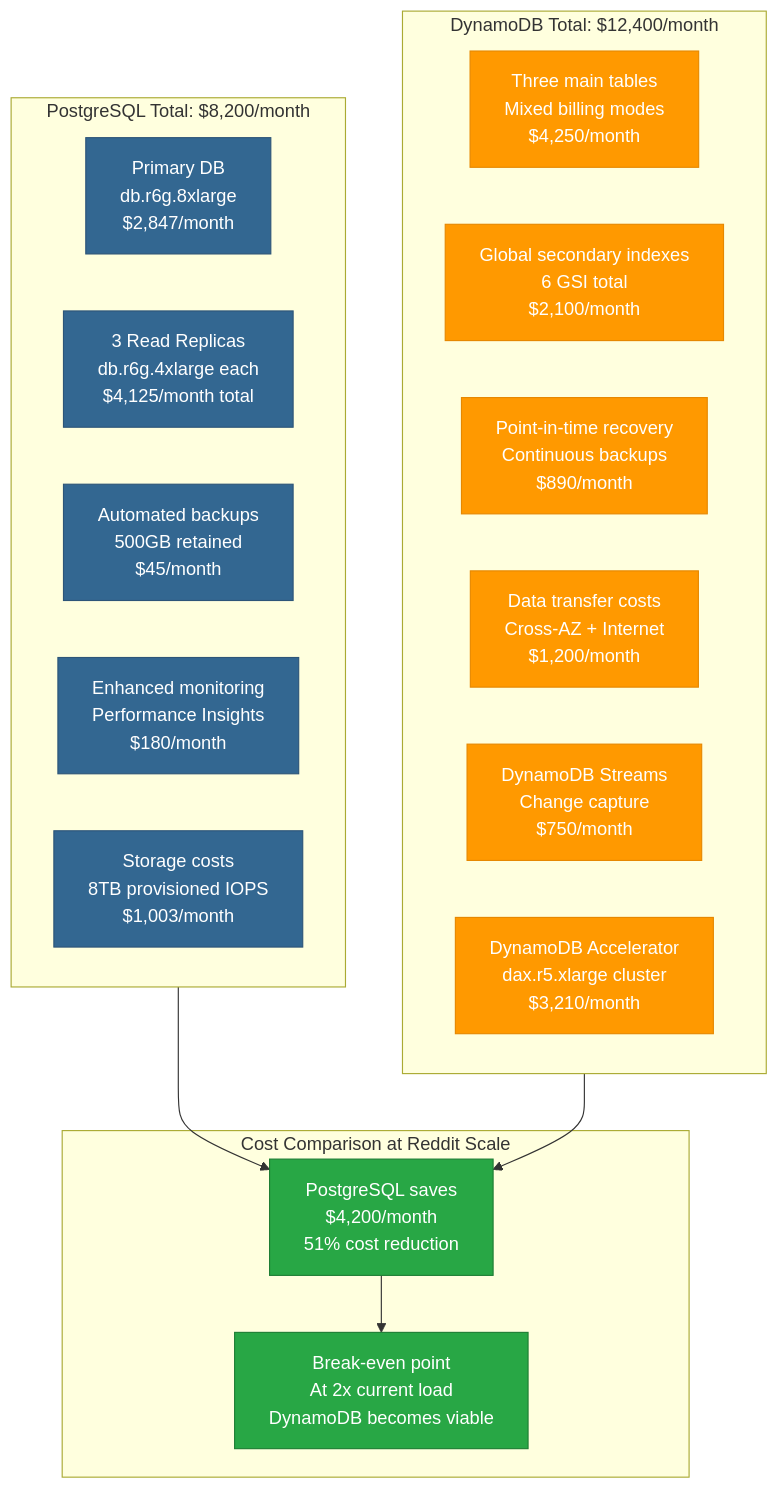
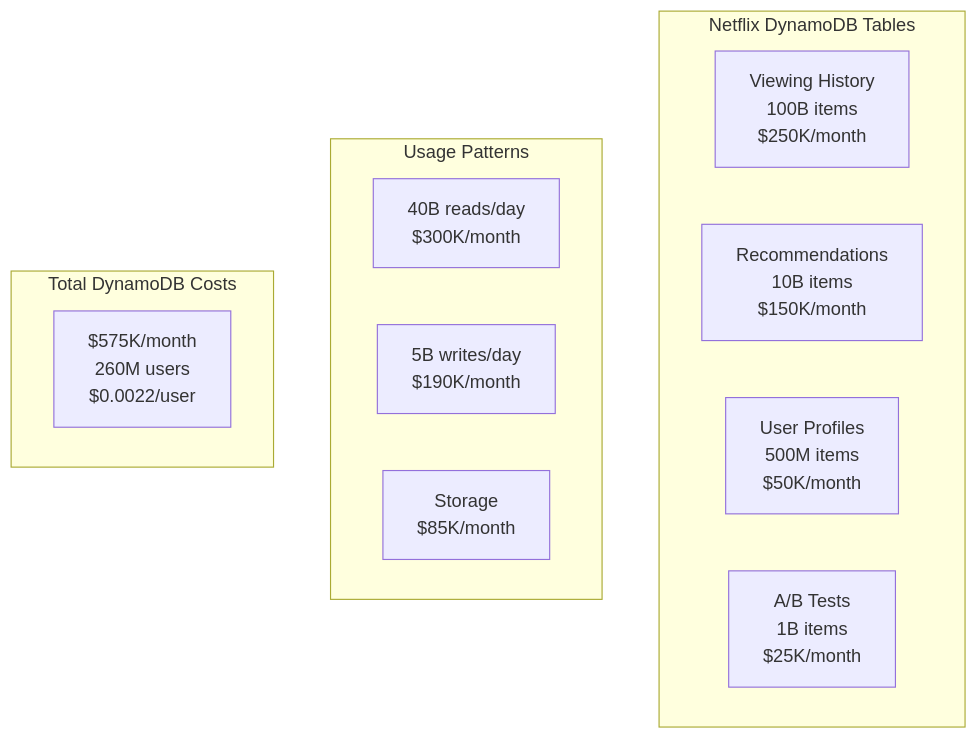
Before and after one commit to deepaucksharma/DS: the fourth of 9 diagrams in site/docs/comparisons/postgresql-vs-dynamodb.md, drawn with Mermaid. The commit also changed other lines of this file and 5 other files, not shown here.

````diff
--- a/site/docs/comparisons/postgresql-vs-dynamodb.md
+++ b/site/docs/comparisons/postgresql-vs-dynamodb.md
@@ -179,36 +114,19 @@
 ```mermaid
 graph TB
-    subgraph PostgreSQLCosts[PostgreSQL Total: $8,200/month]
-        PG_PRIMARY[Primary DB<br/>db.r6g.8xlarge<br/>$2,847/month]
-        PG_REPLICAS[3 Read Replicas<br/>db.r6g.4xlarge each<br/>$4,125/month total]
-        PG_BACKUP[Automated backups<br/>500GB retained<br/>$45/month]
-        PG_MONITORING[Enhanced monitoring<br/>Performance Insights<br/>$180/month]
-        PG_STORAGE[Storage costs<br/>8TB provisioned IOPS<br/>$1,003/month]
+    subgraph Netflix_Arch[Netflix DynamoDB Tables]
+        VIEWING[Viewing History<br/>100B items<br/>$250K/month]
+        RECO[Recommendations<br/>10B items<br/>$150K/month]
+        USER[User Profiles<br/>500M items<br/>$50K/month]
+        AB[A/B Tests<br/>1B items<br/>$25K/month]
     end
 
-    subgraph DynamoDBCosts[DynamoDB Total: $12,400/month]
-        DDB_TABLES[Three main tables<br/>Mixed billing modes<br/>$4,250/month]
-        DDB_INDEXES[Global secondary indexes<br/>6 GSI total<br/>$2,100/month]
-        DDB_BACKUPS[Point-in-time recovery<br/>Continuous backups<br/>$890/month]
-        DDB_BANDWIDTH[Data transfer costs<br/>Cross-AZ + Internet<br/>$1,200/month]
-        DDB_STREAMS[DynamoDB Streams<br/>Change capture<br/>$750/month]
-        DDB_DAX[DynamoDB Accelerator<br/>dax.r5.xlarge cluster<br/>$3,210/month]
+    subgraph Usage[Usage Patterns]
+        READS[40B reads/day<br/>$300K/month]
+        WRITES[5B writes/day<br/>$190K/month]
+        STORAGE_DDB[Storage<br/>$85K/month]
     end
 
-    subgraph CostComparison[Cost Comparison at Reddit Scale]
-        SAVINGS[PostgreSQL saves<br/>$4,200/month<br/>51% cost reduction]
-        BREAK_EVEN[Break-even point<br/>At 2x current load<br/>DynamoDB becomes viable]
+    subgraph Total[Total DynamoDB Costs]
+        TOTAL_DDB[$575K/month<br/>260M users<br/>$0.0022/user]
     end
-
-    PostgreSQLCosts --> SAVINGS
-    DynamoDBCosts --> SAVINGS
-    SAVINGS --> BREAK_EVEN
-
-    classDef pgCostStyle fill:#336791,stroke:#2d5578,color:#fff
-    classDef ddbCostStyle fill:#FF9900,stroke:#e68800,color:#fff
-    classDef comparisonStyle fill:#28A745,stroke:#1e7e34,color:#fff
-
-    class PG_PRIMARY,PG_REPLICAS,PG_BACKUP,PG_MONITORING,PG_STORAGE pgCostStyle
-    class DDB_TABLES,DDB_INDEXES,DDB_BACKUPS,DDB_BANDWIDTH,DDB_STREAMS,DDB_DAX ddbCostStyle
-    class SAVINGS,BREAK_EVEN comparisonStyle
 ```
````
